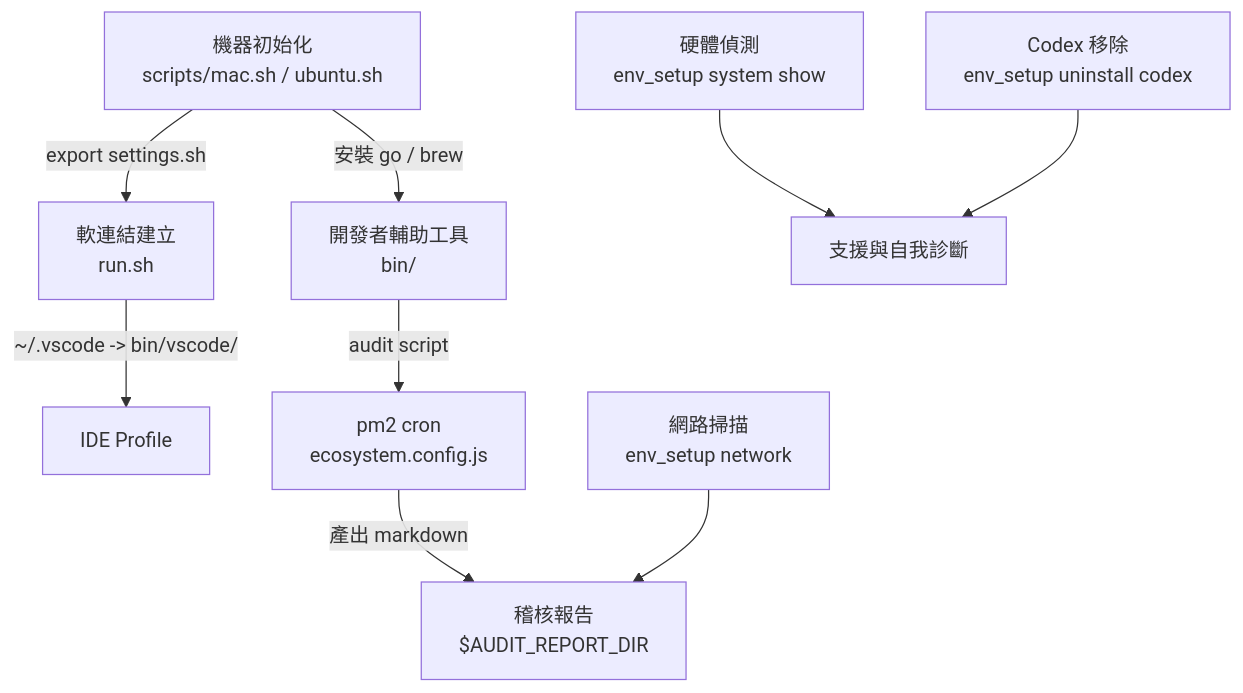
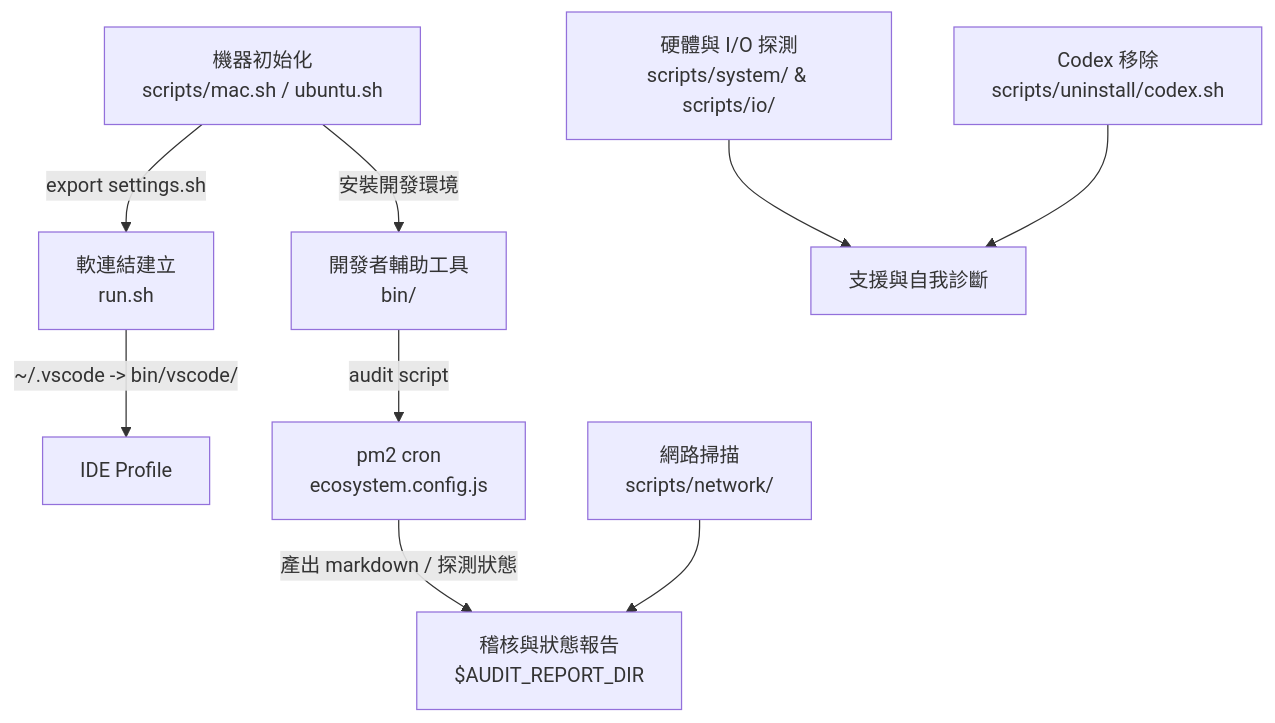
Before and after one commit to BizShuk/env_setup: the diagram in README.md, drawn with Mermaid. The commit also changed other lines of this file and 2 other files, not shown here.

Commit message:
docs: align architecture and domain guides with pure shell structure

````diff
--- a/README.md
+++ b/README.md
@@ -187,11 +187,11 @@
 ```mermaid
 flowchart TD
     Bootstrap["機器初始化<br/>scripts/mac.sh / ubuntu.sh"] -->|"export settings.sh"| Symlink["軟連結建立<br/>run.sh"]
-    Bootstrap -->|"安裝 go / brew"| Helpers["開發者輔助工具<br/>bin/<tool>"]
+    Bootstrap -->|"安裝開發環境"| Helpers["開發者輔助工具<br/>bin/<tool>"]
     Symlink -->|"~/.vscode -> bin/vscode/"| IDE["IDE Profile"]
     Helpers -->|"audit script"| Cron["pm2 cron<br/>ecosystem.config.js"]
-    Cron -->|"產出 markdown"| Reports["稽核報告<br/>$AUDIT_REPORT_DIR"]
-    Hardware["硬體偵測<br/>env_setup system show"] --> Support["支援與自我診斷"]
-    Uninstall["Codex 移除<br/>env_setup uninstall codex"] --> Support
-    Network["網路掃描<br/>env_setup network"] --> Reports
+    Cron -->|"產出 markdown / 探測狀態"| Reports["稽核與狀態報告<br/>$AUDIT_REPORT_DIR"]
+    Hardware["硬體與 I/O 探測<br/>scripts/system/ & scripts/io/"] --> Support["支援與自我診斷"]
+    Uninstall["Codex 移除<br/>scripts/uninstall/codex.sh"] --> Support
+    Network["網路掃描<br/>scripts/network/"] --> Reports
 ```
````
